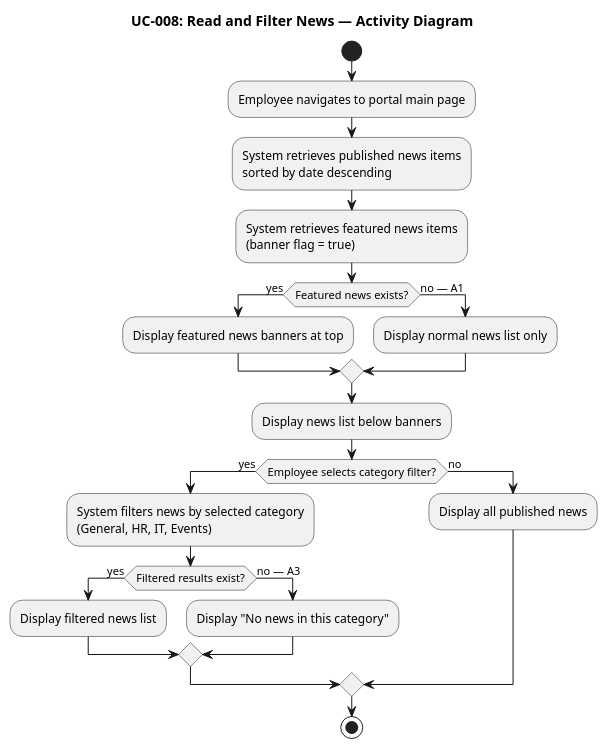
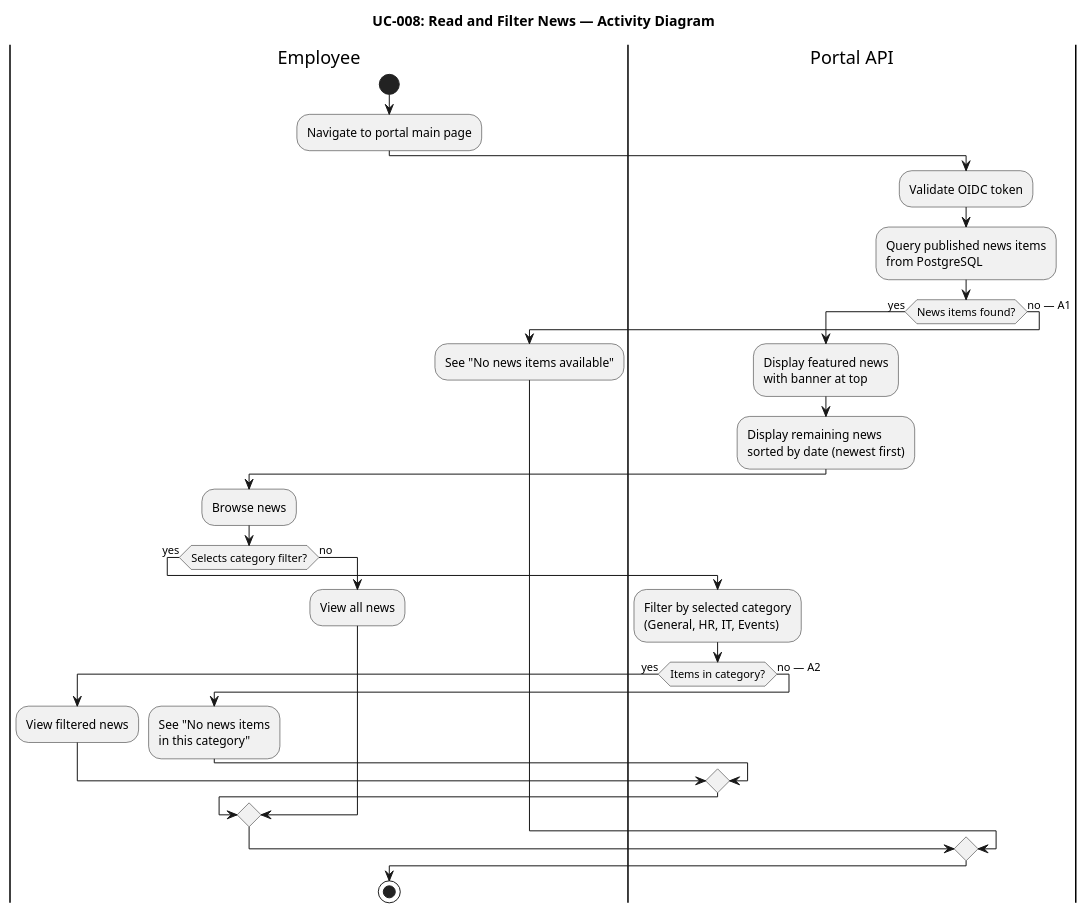
Before and after one commit to banense-test/portal-cuba-corp: the tenth of 13 diagrams in docs/artifacts/requirements/use-case-model.md, drawn with PlantUML. The commit also changed other lines of this file, not shown here.

````diff
--- a/docs/artifacts/requirements/use-case-model.md
+++ b/docs/artifacts/requirements/use-case-model.md
@@ -520,30 +590,36 @@
 ```plantuml
 @startuml
 title UC-008: Read and Filter News — Activity Diagram
 
+|Employee|
 start
-:Employee navigates to portal main page;
-:System retrieves published news items
-sorted by date descending;
-:System retrieves featured news items
-(banner flag = true);
-if (Featured news exists?) then (yes)
-  :Display featured news banners at top;
+:Navigate to portal main page;
+|Portal API|
+:Validate OIDC token;
+:Query published news items\nfrom PostgreSQL;
+if (News items found?) then (yes)
+  :Display featured news\nwith banner at top;
+  :Display remaining news\nsorted by date (newest first);
+  |Employee|
+  :Browse news;
+  if (Selects category filter?) then (yes)
+    |Portal API|
+    :Filter by selected category\n(General, HR, IT, Events);
+    if (Items in category?) then (yes)
+      |Employee|
+      :View filtered news;
+    else (no — A2)
+      |Employee|
+      :See "No news items\nin this category";
+    endif
+  else (no)
+    |Employee|
+    :View all news;
+  endif
 else (no — A1)
-  :Display normal news list only;
-endif
-:Display news list below banners;
-if (Employee selects category filter?) then (yes)
-  :System filters news by selected category
-  (General, HR, IT, Events);
-  if (Filtered results exist?) then (yes)
-    :Display filtered news list;
-  else (no — A3)
-    :Display "No news in this category";
-  endif
-else (no)
-  :Display all published news;
+  |Employee|
+  :See "No news items available";
 endif
 stop
 @enduml
 ```
````
